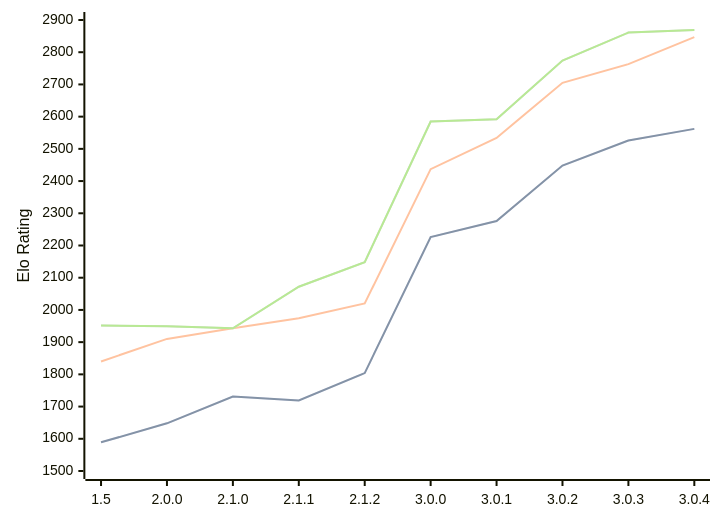
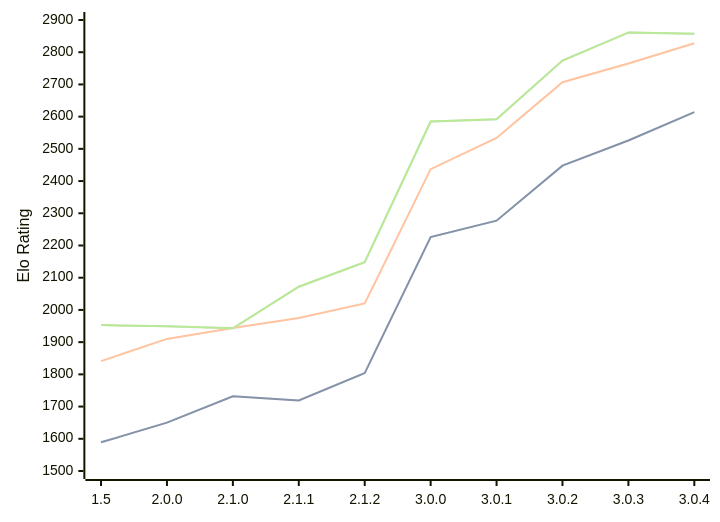
One commit to computer-chess-index/cci changed the first of 3 diagrams in engines/Rudim.md. Above: the diagram before and after it, drawn with Mermaid. The commit also changed other lines of this file, not shown here.

Commit message:
Update CCI Ratings (ELO VLTC) - 2026-06-23

````diff
--- a/engines/Rudim.md
+++ b/engines/Rudim.md
@@ -49,11 +49,11 @@
 ```mermaid
 %%{init: {"theme":"base","themeVariables":{"seriesColors:['#a3a3a3','#222221','#faa371']}}}%%
 xychart-beta
   x-axis ["1.5", "2.0.0", "2.1.0", "2.1.1", "2.1.2", "3.0.0", "3.0.1", "3.0.2", "3.0.3", "3.0.4"]
   y-axis "Elo Rating" 1500 --> 2900
-  line "STC (8.0+0.08s)" [1589, 1648, 1731, 1719, 1804, 2226, 2276, 2448, 2526, 2562]
-  line "STC (8.0+0.08s)" [1589, 1648, 1731, 1719, 1804, 2226, 2276, 2448, 2526, 2562]
-  line "LTC (60.0+0.60s)" [1840, 1910, 1943, 1974, 2020, 2437, 2534, 2705, 2763, 2847]
-  line "VLTC (2m24s+1.12s)" [1952, 1949, 1943, 2072, 2148, 2585, 2592, 2774, 2861, 2869]
-  line "VLTC (2m24s+1.12s)" [1952, 1949, 1943, 2072, 2148, 2585, 2592, 2774, 2861, 2869]
+  line "STC (8.0+0.08s)" [1589, 1650, 1732, 1719, 1804, 2226, 2277, 2448, 2526, 2614]
+  line "STC (8.0+0.08s)" [1589, 1650, 1732, 1719, 1804, 2226, 2277, 2448, 2526, 2614]
+  line "LTC (60.0+0.60s)" [1841, 1910, 1944, 1975, 2020, 2437, 2534, 2707, 2765, 2828]
+  line "VLTC (2m24s+1.12s)" [1953, 1949, 1943, 2072, 2148, 2585, 2592, 2774, 2861, 2857]
+  line "VLTC (2m24s+1.12s)" [1953, 1949, 1943, 2072, 2148, 2585, 2592, 2774, 2861, 2857]
 ```
````
